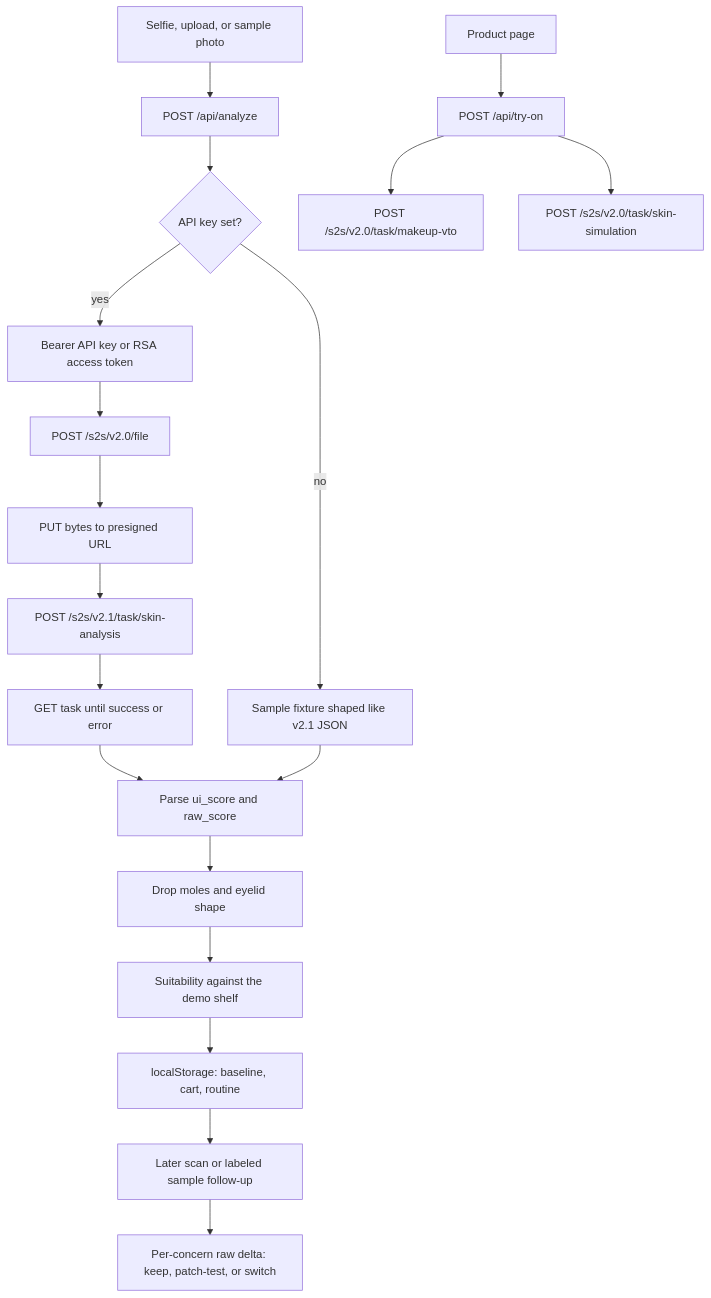
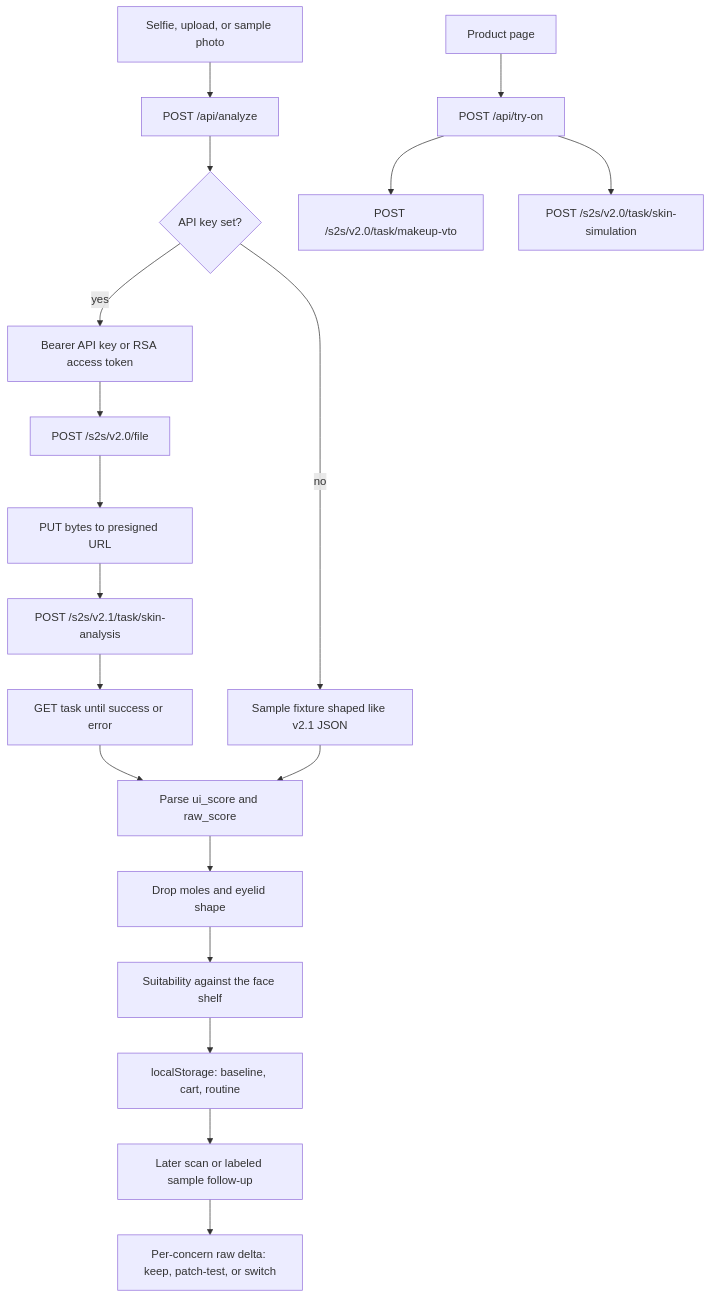
The diagram in HACKATHON.md (dovzhikova/miren), drawn with Mermaid before and after one commit. The commit also changed other lines of this file and 18 other files, not shown here.

````diff
--- a/HACKATHON.md
+++ b/HACKATHON.md
@@ -67,21 +64,21 @@
 ```mermaid
 flowchart TD
   selfie[Selfie, upload, or sample photo] --> analyze["POST /api/analyze"]
   analyze --> mode{API key set?}
   mode -->|no| mock[Sample fixture shaped like v2.1 JSON]
   mode -->|yes| auth[Bearer API key or RSA access token]
   auth --> file["POST /s2s/v2.0/file"]
   file --> put[PUT bytes to presigned URL]
   put --> task["POST /s2s/v2.1/task/skin-analysis"]
   task --> poll["GET task until success or error"]
   poll --> parse[Parse ui_score and raw_score]
   mock --> parse
   parse --> filter[Drop moles and eyelid shape]
-  filter --> match[Suitability against the demo shelf]
+  filter --> match[Suitability against the face shelf]
   match --> browser[localStorage: baseline, cart, routine]
   browser --> later[Later scan or labeled sample follow-up]
   later --> verdict[Per-concern raw delta: keep, patch-test, or switch]
   product[Product page] --> tryon["POST /api/try-on"]
   tryon --> makeup["POST /s2s/v2.0/task/makeup-vto"]
   tryon --> sim["POST /s2s/v2.0/task/skin-simulation"]
 ```
````
